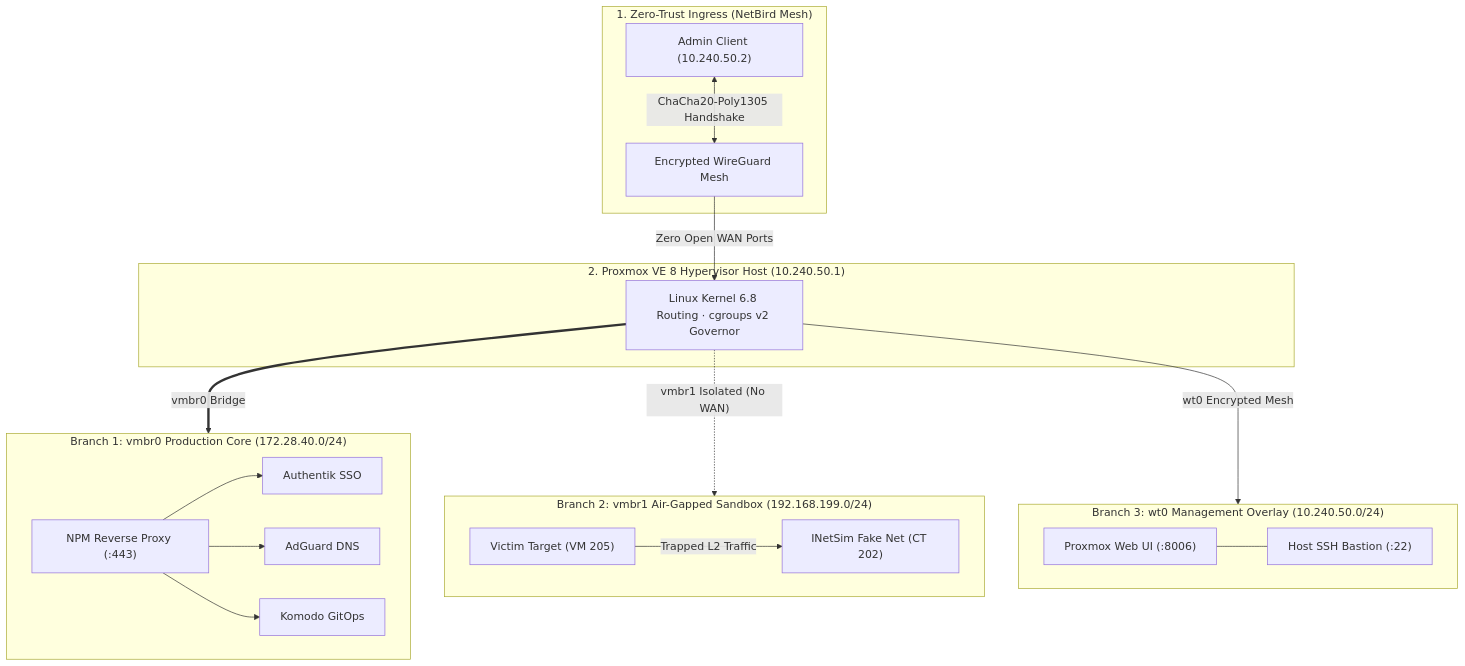
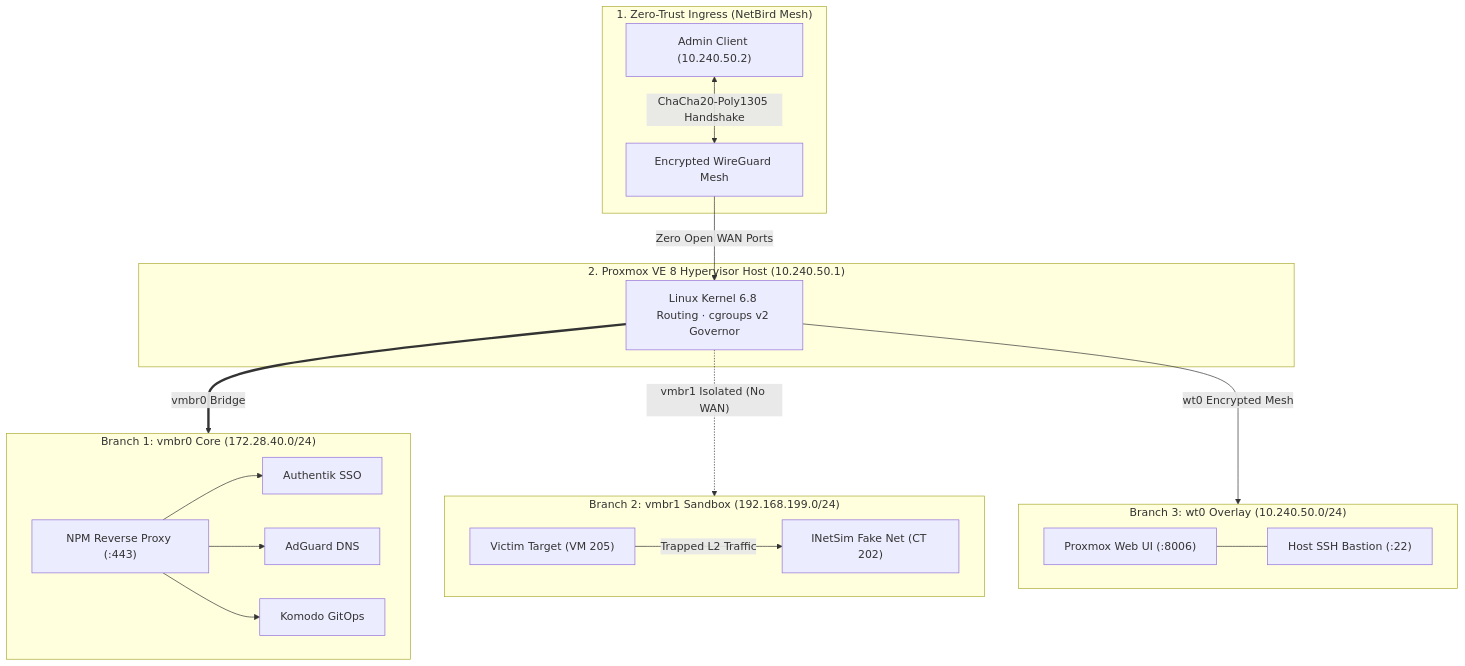
One commit to Lessa-github/homelab-zero-trust-infra changed the second of 3 diagrams in docs/README.md. Above: the diagram before and after it, drawn with Mermaid. The commit also changed 1 other file, not shown here.

Commit message:
fix(ui): prevent foreignObject label text clipping and optimize topology layout width

````diff
--- a/docs/README.md
+++ b/docs/README.md
@@ -51,31 +51,31 @@
 ```mermaid
 flowchart TD
     subgraph ACCESS ["1. Zero-Trust Ingress (NetBird Mesh)"]
         Admin["Admin Client (10.240.50.2)"] <-->|"ChaCha20-Poly1305 Handshake"| Overlay["Encrypted WireGuard Mesh"]
     end
 
     subgraph PVE ["2. Proxmox VE 8 Hypervisor Host (10.240.50.1)"]
         HostKernel["Linux Kernel 6.8 Routing · cgroups v2 Governor"]
     end
 
     Overlay -->|"Zero Open WAN Ports"| HostKernel
 
-    subgraph BR0 ["Branch 1: vmbr0 Production Core (172.28.40.0/24)"]
+    subgraph BR0 ["Branch 1: vmbr0 Core (172.28.40.0/24)"]
         direction LR
         NPM["NPM Reverse Proxy (:443)"] --> AUTH["Authentik SSO"] & ADG["AdGuard DNS"] & KOM["Komodo GitOps"]
     end
 
-    subgraph BR1 ["Branch 2: vmbr1 Air-Gapped Sandbox (192.168.199.0/24)"]
+    subgraph BR1 ["Branch 2: vmbr1 Sandbox (192.168.199.0/24)"]
         direction LR
         Victim["Victim Target (VM 205)"] -->|"Trapped L2 Traffic"| INetSim["INetSim Fake Net (CT 202)"]
     end
 
-    subgraph BR2 ["Branch 3: wt0 Management Overlay (10.240.50.0/24)"]
+    subgraph BR2 ["Branch 3: wt0 Overlay (10.240.50.0/24)"]
         direction LR
         PVEUI["Proxmox Web UI (:8006)"] --- SSH["Host SSH Bastion (:22)"]
     end
 
     HostKernel ==>|"vmbr0 Bridge"| BR0
     HostKernel -.->|"vmbr1 Isolated (No WAN)"| BR1
     HostKernel -->|"wt0 Encrypted Mesh"| BR2
 ```
````
